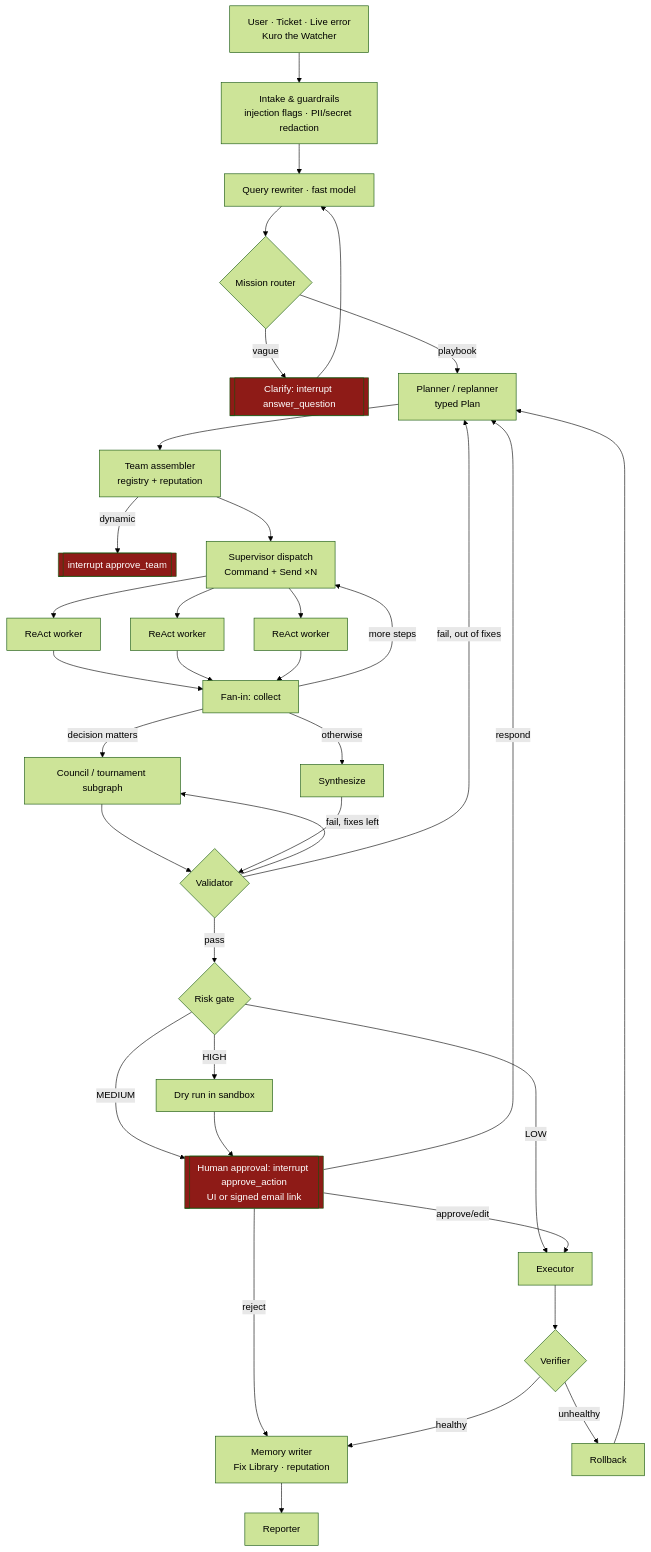
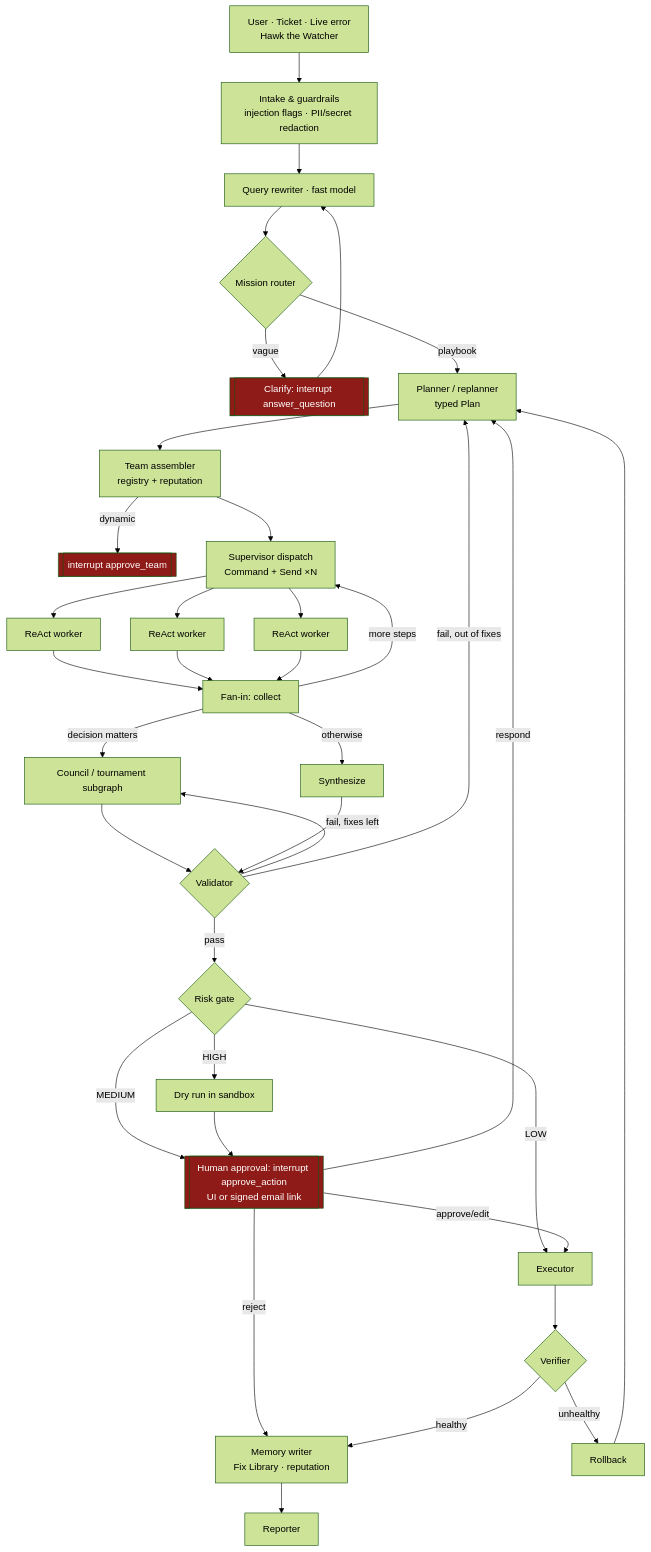
The diagram in docs/ARCHITECTURE.md (VinayBot/nexus), drawn with Mermaid (forest theme) before and after one commit. The commit also changed other lines of this file and 196 other files, not shown here.

````diff
--- a/docs/ARCHITECTURE.md
+++ b/docs/ARCHITECTURE.md
@@ -10,32 +10,32 @@
 ```mermaid
 flowchart TD
-    U[User · Ticket · Live error<br/>Kuro the Watcher] --> I[Intake & guardrails<br/>injection flags · PII/secret redaction]
+    U[User · Ticket · Live error<br/>Hawk the Watcher] --> I[Intake & guardrails<br/>injection flags · PII/secret redaction]
     I --> RW[Query rewriter · fast model]
     RW --> RT{Mission router}
     RT -- vague --> CL[[Clarify: interrupt answer_question]] --> RW
     RT -- playbook --> PL[Planner / replanner<br/>typed Plan]
     PL --> AS[Team assembler<br/>registry + reputation]
     AS -- dynamic --> TA[[interrupt approve_team]]
     AS --> D[Supervisor dispatch<br/>Command + Send ×N]
     D --> W1[ReAct worker] & W2[ReAct worker] & W3[ReAct worker]
     W1 & W2 & W3 --> C[Fan-in: collect]
     C -- more steps --> D
     C -- decision matters --> T[Council / tournament subgraph]
     C -- otherwise --> S[Synthesize]
     T & S --> V{Validator}
     V -- fail, fixes left --> T
     V -- fail, out of fixes --> PL
     V -- pass --> RG{Risk gate}
     RG -- LOW --> X[Executor]
     RG -- MEDIUM --> AP[[Human approval: interrupt approve_action<br/>UI or signed email link]]
     RG -- HIGH --> DR[Dry run in sandbox] --> AP
     AP -- approve/edit --> X
     AP -- respond --> PL
     AP -- reject --> M
     X --> VF{Verifier}
     VF -- unhealthy --> RB[Rollback] --> PL
     VF -- healthy --> M[Memory writer<br/>Fix Library · reputation]
     M --> RP[Reporter]
     classDef hitl fill:#8e1b17,color:#fff
     class CL,TA,AP hitl
 ```
````
